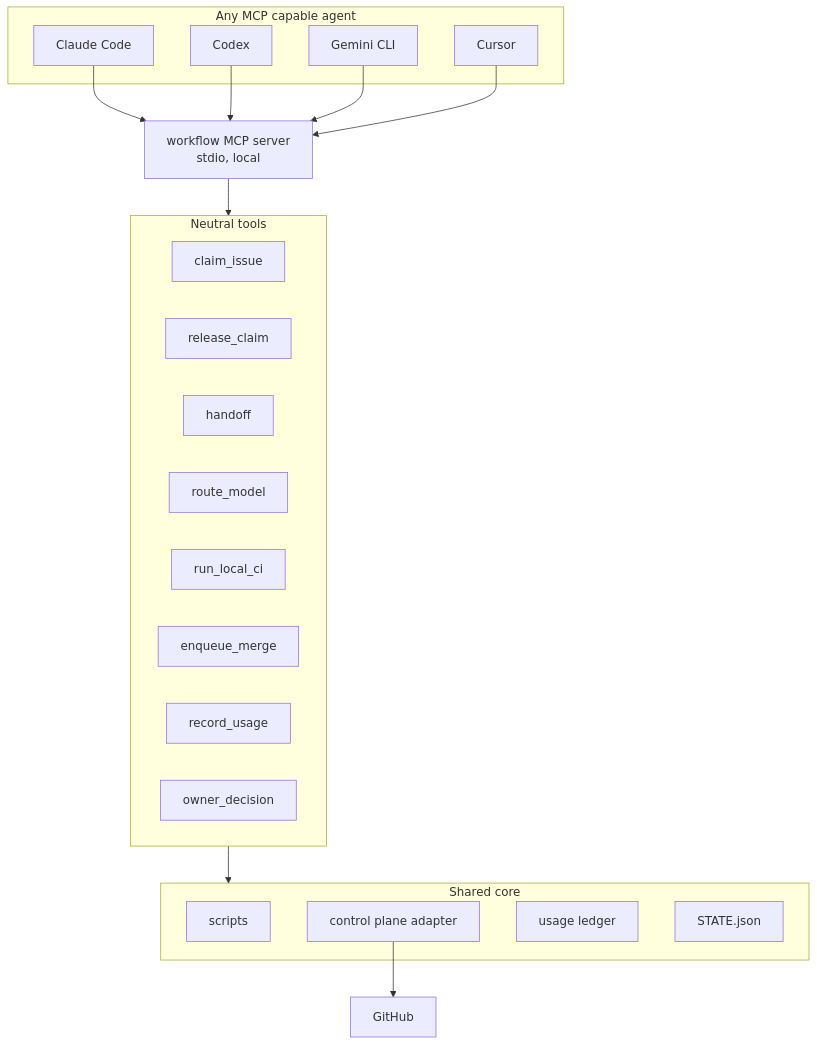
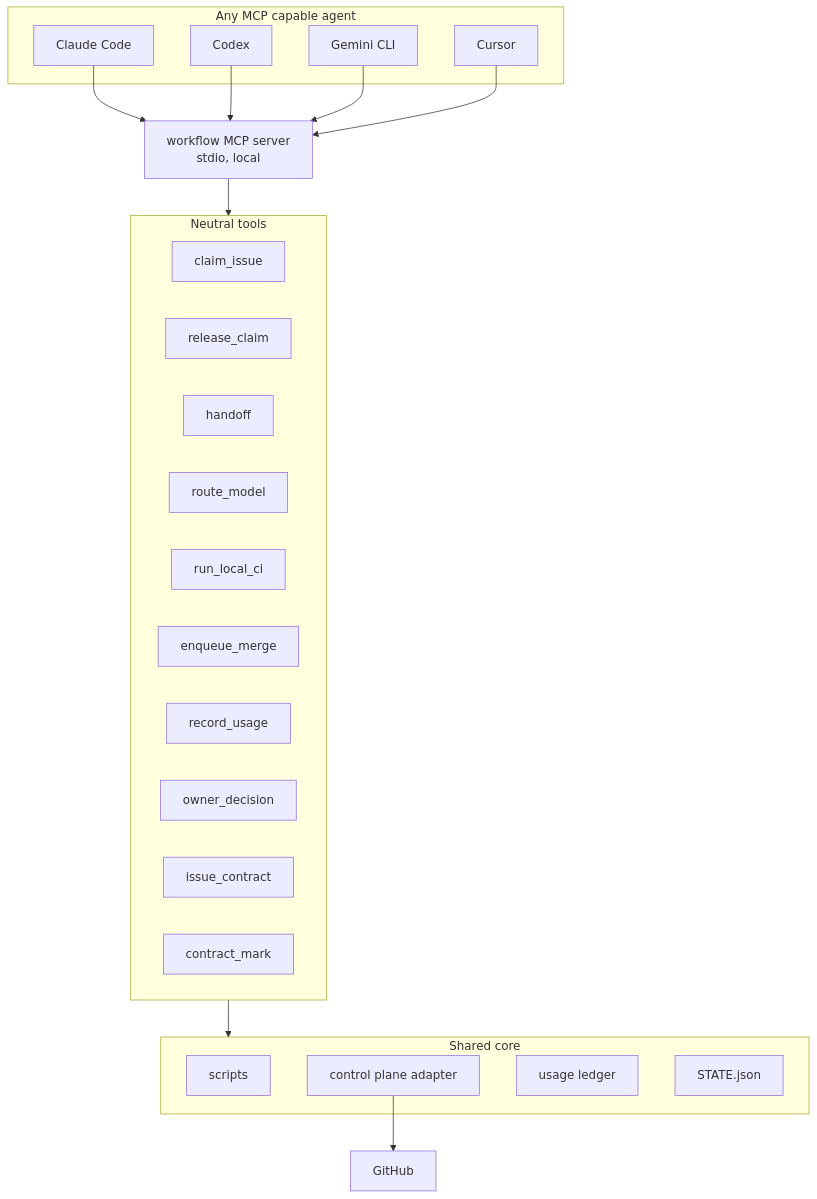
Before and after one commit to aliumairdev/relay-workflow: diagram 17 of 18 in WORKFLOW_DIAGRAMS.md, drawn with Mermaid. The commit also changed other lines of this file and 163 other files, not shown here.

First line of the commit message:
feat: enforce complete issue ownership via an issue contract

````diff
--- a/WORKFLOW_DIAGRAMS.md
+++ b/WORKFLOW_DIAGRAMS.md
@@ -502,33 +505,35 @@
 ```mermaid
 flowchart TB
   subgraph AGENTS["Any MCP capable agent"]
     A1["Claude Code"]
     A2["Codex"]
     A3["Gemini CLI"]
     A4["Cursor"]
   end
   SRV["workflow MCP server<br/>stdio, local"]
   subgraph TOOLS["Neutral tools"]
     T1["claim_issue"]
     T2["release_claim"]
     T3["handoff"]
     T4["route_model"]
     T5["run_local_ci"]
     T6["enqueue_merge"]
     T7["record_usage"]
     T8["owner_decision"]
+    T9["issue_contract"]
+    T10["contract_mark"]
   end
   subgraph CORE["Shared core"]
     SC["scripts"]
     AD["control plane adapter"]
     LG["usage ledger"]
     ST["STATE.json"]
   end
   A1 --> SRV
   A2 --> SRV
   A3 --> SRV
   A4 --> SRV
   SRV --> TOOLS
   TOOLS --> CORE
   AD --> GH["GitHub"]
 ```
````
